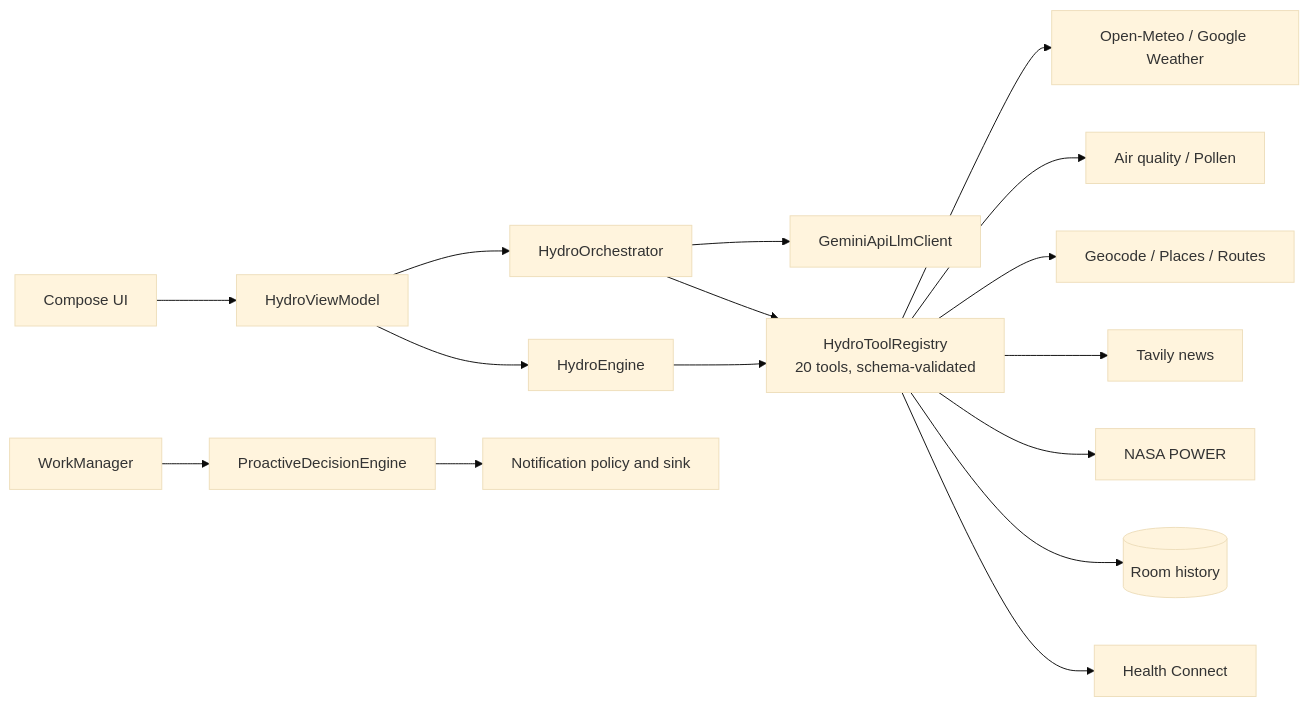
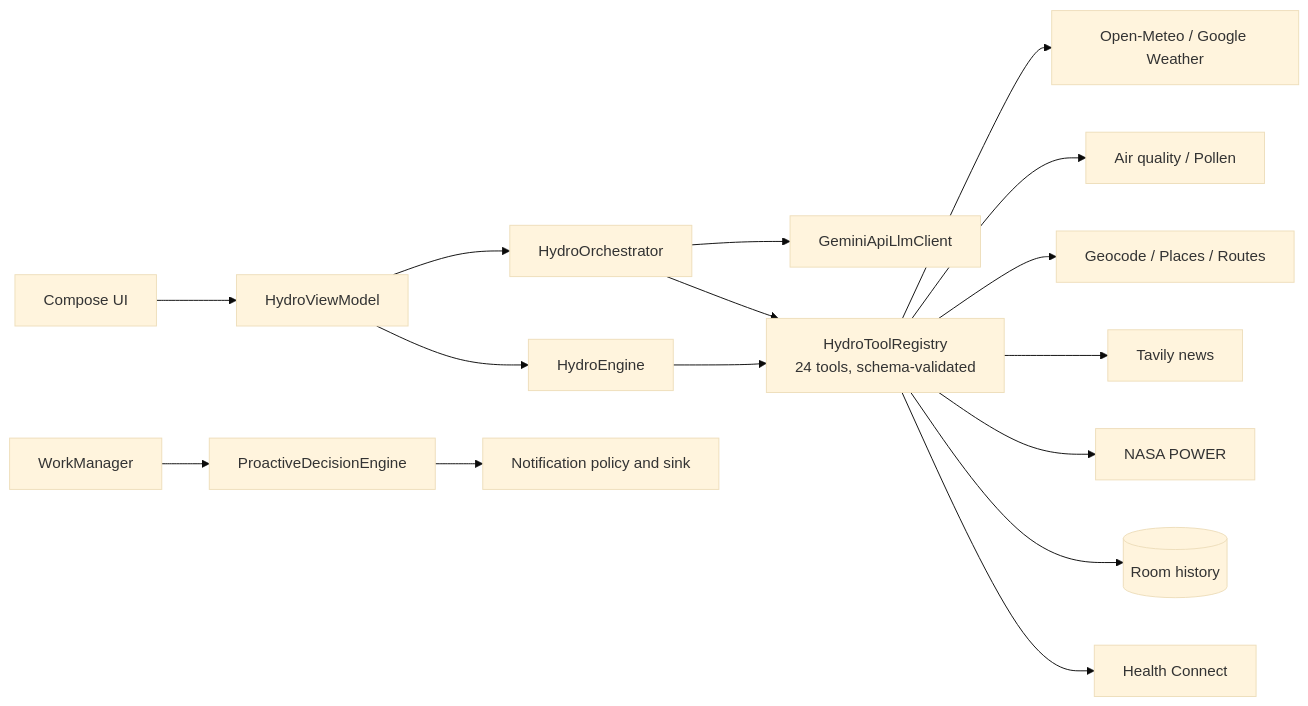
One commit to Ferousco-dev/hydro changed the diagram in docs/ARCHITECTURE.md. Above: the diagram before and after it, drawn with Mermaid (base theme). The commit also changed other lines of this file and 121 other files, not shown here.

````diff
--- a/docs/ARCHITECTURE.md
+++ b/docs/ARCHITECTURE.md
@@ -13,17 +13,17 @@
 ```mermaid
 flowchart LR
     UI["Compose UI"] --> VM["HydroViewModel"]
     VM --> ENG["HydroEngine"]
     VM --> ORCH["HydroOrchestrator"]
     ORCH --> LLM["GeminiApiLlmClient"]
-    ORCH --> REG["HydroToolRegistry<br/>20 tools, schema-validated"]
+    ORCH --> REG["HydroToolRegistry<br/>24 tools, schema-validated"]
     ENG --> REG
     REG --> WX["Open-Meteo / Google Weather"]
     REG --> AIR["Air quality / Pollen"]
     REG --> GEO["Geocode / Places / Routes"]
     REG --> NEWS["Tavily news"]
     REG --> NASA["NASA POWER"]
     REG --> MEM[("Room history")]
     REG --> HC["Health Connect"]
     BG["WorkManager"] --> PRO["ProactiveDecisionEngine"] --> NOTIF["Notification policy and sink"]
 ```
````
